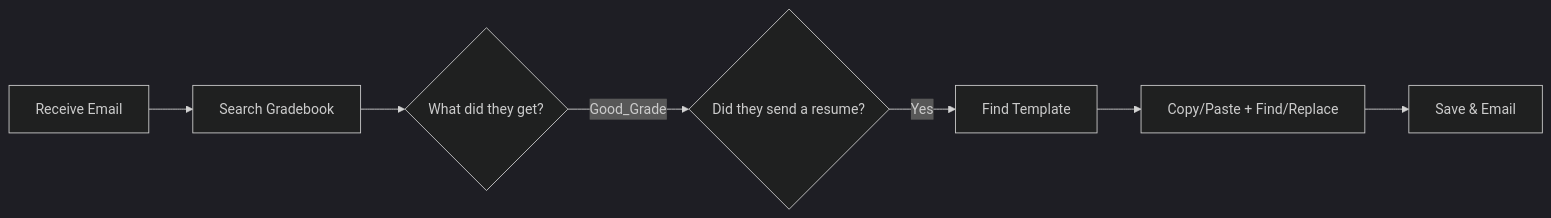
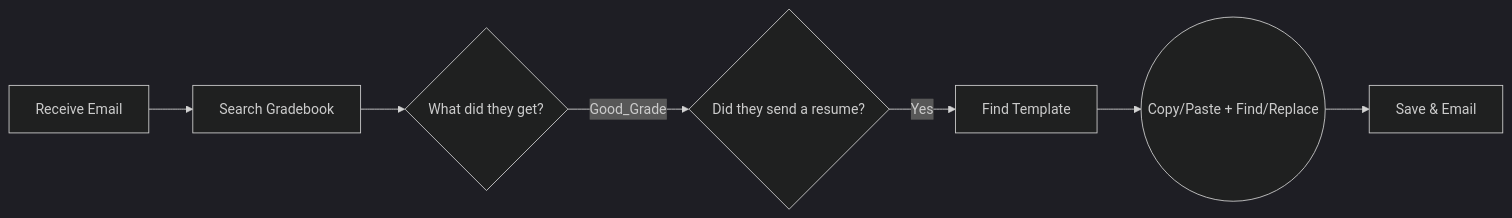
The diagram in week2/mvw_example.md (DrJieTao/data6900), drawn with Mermaid (dark theme) before and after one commit.

Commit message:
Change PainPoint node shape in flowchart

````diff
--- a/week2/mvw_example.md
+++ b/week2/mvw_example.md
@@ -1,9 +1,9 @@
 ```mermaid
 graph LR
     Trigger[Receive Email] --> Step1[Search Gradebook]
     Step1 --> Decision1{"What did they get?"}
     Decision1 --Good_Grade--> Decision2{"Did they send a resume?"}
     Decision2 --Yes--> Step2[Find Template]
-    Step2 --> PainPoint[Copy/Paste + Find/Replace]
+    Step2 --> PainPoint((Copy/Paste + Find/Replace))
     PainPoint --> Step3[Save & Email]
 ```
````
